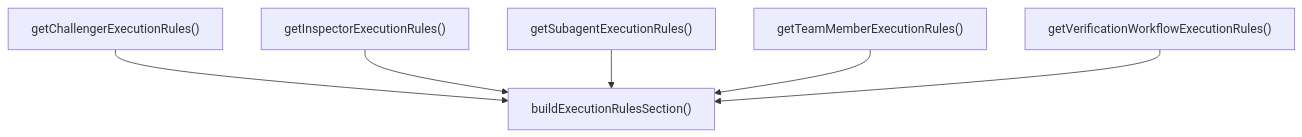
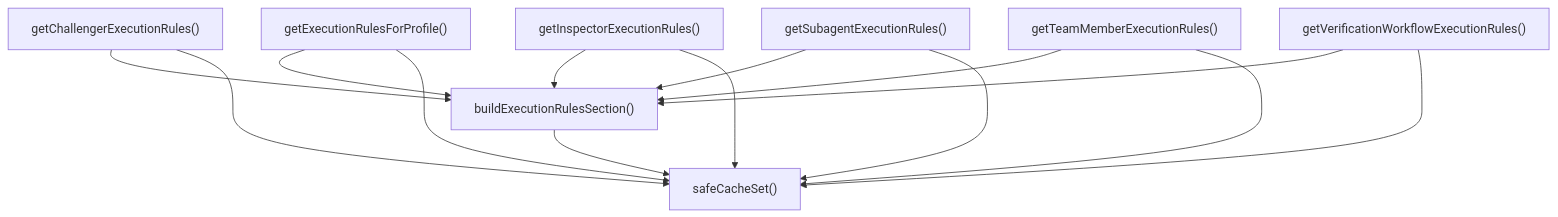
Before and after one commit to Mekann2904/mekann: the second of 2 diagrams in ABDD/.pi/lib/execution-rules.md, drawn with Mermaid. The commit also changed other lines of this file and 205 other files, not shown here.

````diff
--- a/ABDD/.pi/lib/execution-rules.md
+++ b/ABDD/.pi/lib/execution-rules.md
@@ -46,14 +47,24 @@
 ```mermaid
 flowchart TD
   buildExecutionRulesSection["buildExecutionRulesSection()"]
   getChallengerExecutionRules["getChallengerExecutionRules()"]
+  getExecutionRulesForProfile["getExecutionRulesForProfile()"]
   getInspectorExecutionRules["getInspectorExecutionRules()"]
   getSubagentExecutionRules["getSubagentExecutionRules()"]
   getTeamMemberExecutionRules["getTeamMemberExecutionRules()"]
   getVerificationWorkflowExecutionRules["getVerificationWorkflowExecutionRules()"]
+  safeCacheSet["safeCacheSet()"]
+  buildExecutionRulesSection --> safeCacheSet
   getChallengerExecutionRules --> buildExecutionRulesSection
+  getChallengerExecutionRules --> safeCacheSet
+  getExecutionRulesForProfile --> buildExecutionRulesSection
+  getExecutionRulesForProfile --> safeCacheSet
   getInspectorExecutionRules --> buildExecutionRulesSection
+  getInspectorExecutionRules --> safeCacheSet
   getSubagentExecutionRules --> buildExecutionRulesSection
+  getSubagentExecutionRules --> safeCacheSet
   getTeamMemberExecutionRules --> buildExecutionRulesSection
+  getTeamMemberExecutionRules --> safeCacheSet
   getVerificationWorkflowExecutionRules --> buildExecutionRulesSection
+  getVerificationWorkflowExecutionRules --> safeCacheSet
 ```
````
